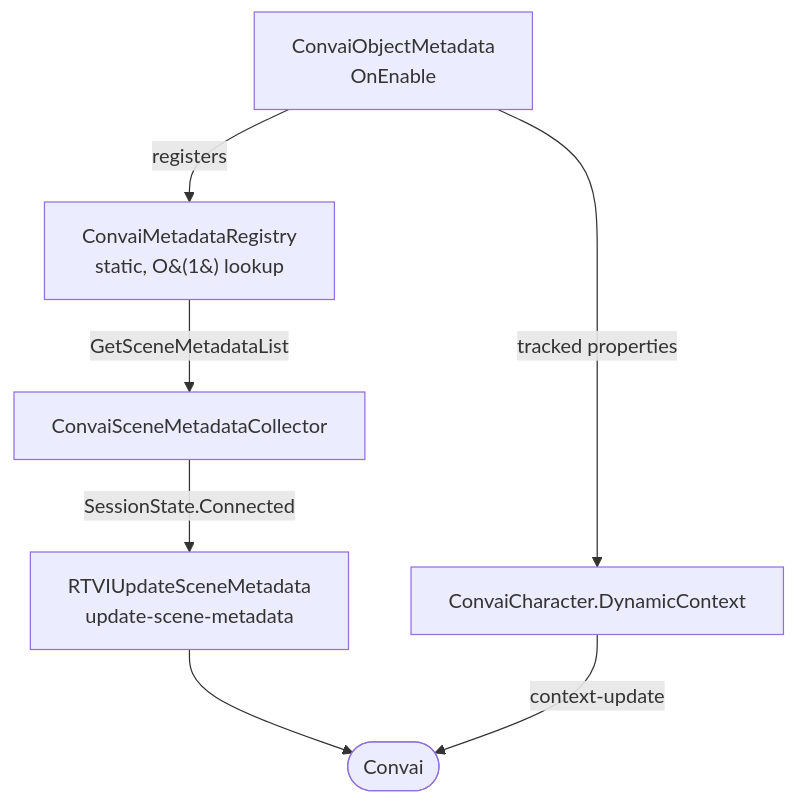
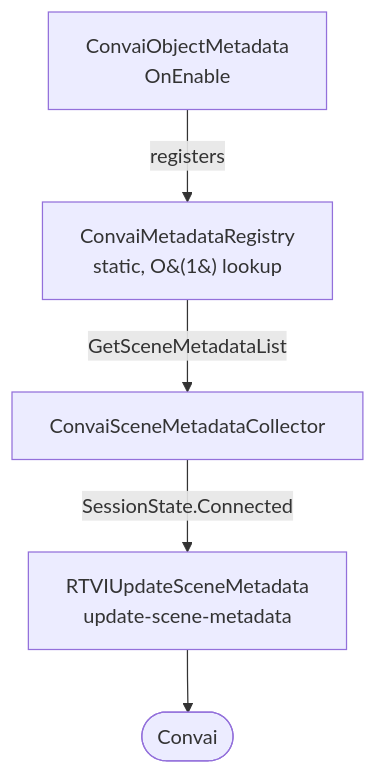
Before and after one commit to Conv-AI/Convai-Documentation: the diagram in plugins-and-integrations/convai-unity-sdk/features/scene-metadata/how-scene-metadata-works.md, drawn with Mermaid. The commit also changed other lines of this file and 42 other files, not shown here.

````diff
--- a/plugins-and-integrations/convai-unity-sdk/features/scene-metadata/how-scene-metadata-works.md
+++ b/plugins-and-integrations/convai-unity-sdk/features/scene-metadata/how-scene-metadata-works.md
@@ -13,9 +17,7 @@
 ```mermaid
 flowchart TD
     A[ConvaiObjectMetadata\nOnEnable] -->|registers| B[ConvaiMetadataRegistry\nstatic, O&#40;1&#41; lookup]
     B -->|GetSceneMetadataList| C[ConvaiSceneMetadataCollector]
     C -->|SessionState.Connected| D[RTVIUpdateSceneMetadata\nupdate-scene-metadata]
     D --> E([Convai])
-    A -->|tracked properties| F[ConvaiCharacter.DynamicContext]
-    F -->|context-update| E
 ```
````
